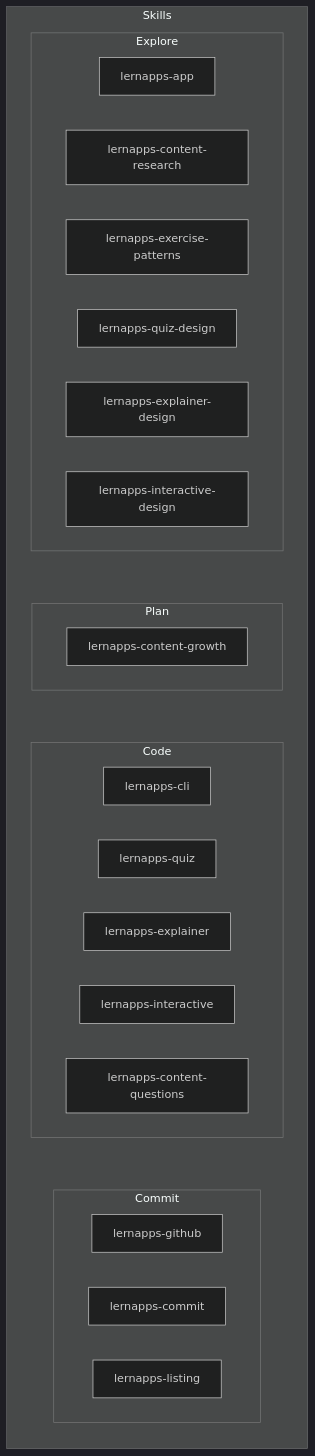
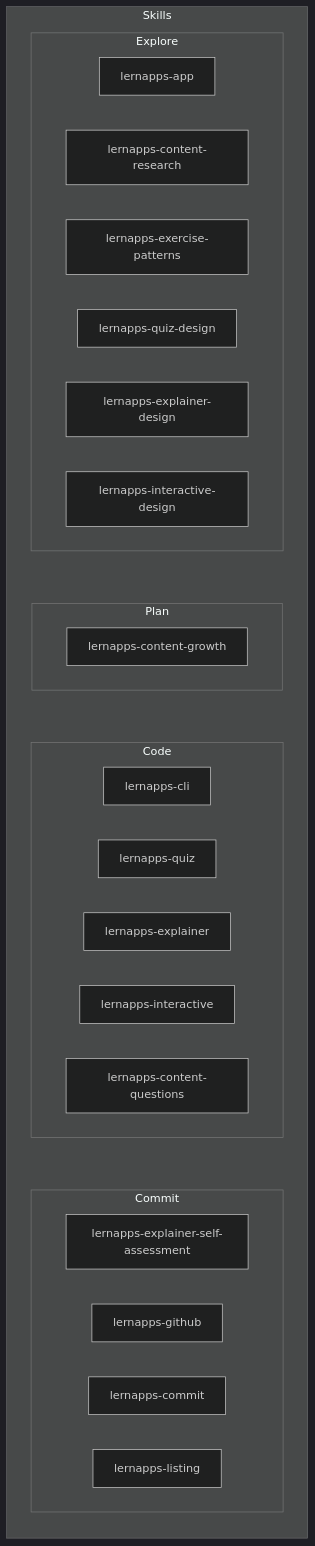
One commit to lernapps/tooling changed the third of 3 diagrams in docs/arc42/05-building-blocks.arc42.md. Above: the diagram before and after it, drawn with Mermaid (dark theme). The commit also changed other lines of this file and 11 other files, not shown here.

First line of the commit message:
feat(skills): lernapps-explainer-self-assessment, loaded in Commit

````diff
--- a/docs/arc42/05-building-blocks.arc42.md
+++ b/docs/arc42/05-building-blocks.arc42.md
@@ -112,29 +112,30 @@
 ```mermaid
 flowchart LR
     subgraph bb-skills["Skills"]
         subgraph bb-skills-explore["Explore"]
             bb-skill-app["lernapps-app"]
             bb-skill-content-research["lernapps-content-research"]
             bb-skill-exercise-patterns["lernapps-exercise-patterns"]
             bb-skill-quiz-design["lernapps-quiz-design"]
             bb-skill-explainer-design["lernapps-explainer-design"]
             bb-skill-interactive-design["lernapps-interactive-design"]
         end
         subgraph bb-skills-plan["Plan"]
             bb-skill-content-growth["lernapps-content-growth"]
         end
         subgraph bb-skills-code["Code"]
             bb-skill-cli["lernapps-cli"]
             bb-skill-quiz["lernapps-quiz"]
             bb-skill-explainer["lernapps-explainer"]
             bb-skill-interactive["lernapps-interactive"]
             bb-skill-content-questions["lernapps-content-questions"]
         end
         subgraph bb-skills-commit["Commit"]
+            bb-skill-explainer-self-assessment["lernapps-explainer-self-assessment"]
             bb-skill-github["lernapps-github"]
             bb-skill-commit["lernapps-commit"]
             bb-skill-listing["lernapps-listing"]
         end
         bb-skills-explore ~~~ bb-skills-plan ~~~ bb-skills-code ~~~ bb-skills-commit
     end
 ```
````
